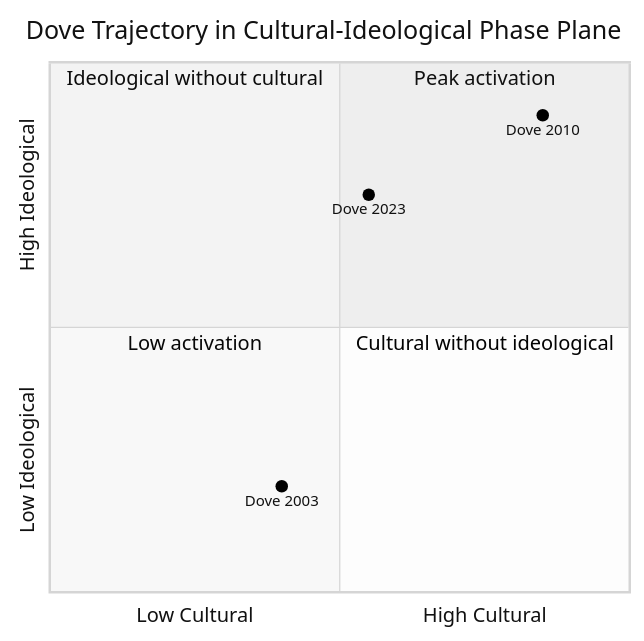
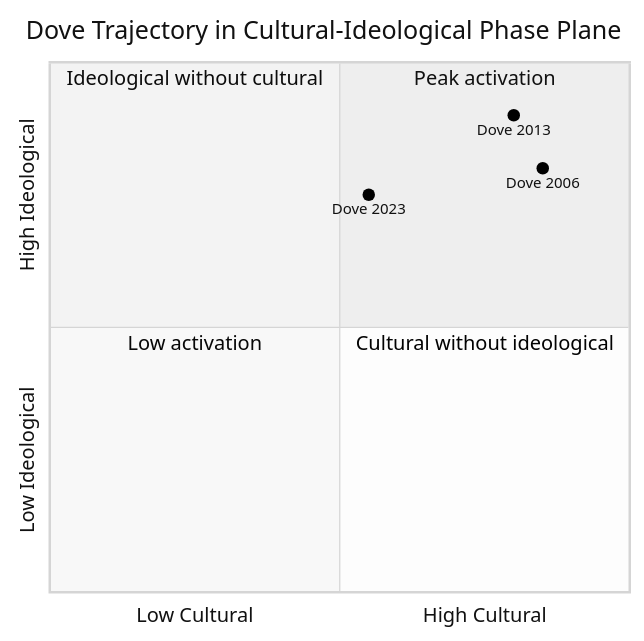
The second of 2 diagrams in r18-spectral-dynamics/paper.md (spectralbranding/sbt-papers), drawn with Mermaid (neutral theme) before and after one commit. The commit also changed other lines of this file and 128 other files, not shown here.

````diff
--- a/r18-spectral-dynamics/paper.md
+++ b/r18-spectral-dynamics/paper.md
@@ -427,13 +427,13 @@
 ```mermaid
 quadrantChart
     title Dove Trajectory in Cultural-Ideological Phase Plane
     x-axis Low Cultural --> High Cultural
     y-axis Low Ideological --> High Ideological
     quadrant-1 Peak activation
     quadrant-2 Ideological without cultural
     quadrant-3 Low activation
     quadrant-4 Cultural without ideological
-    Dove 2003: [0.40, 0.20]
-    Dove 2010: [0.85, 0.90]
+    Dove 2006: [0.85, 0.80]
+    Dove 2013: [0.80, 0.90]
     Dove 2023: [0.55, 0.75]
 ```
````
